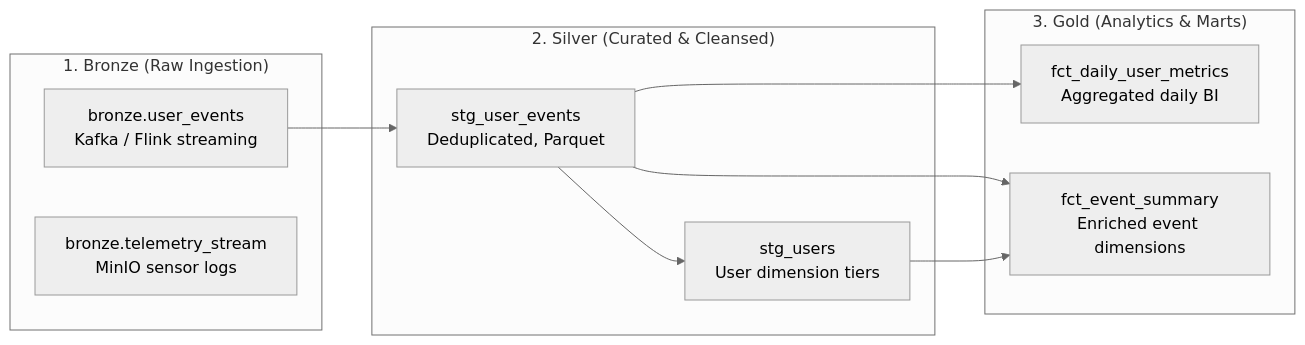
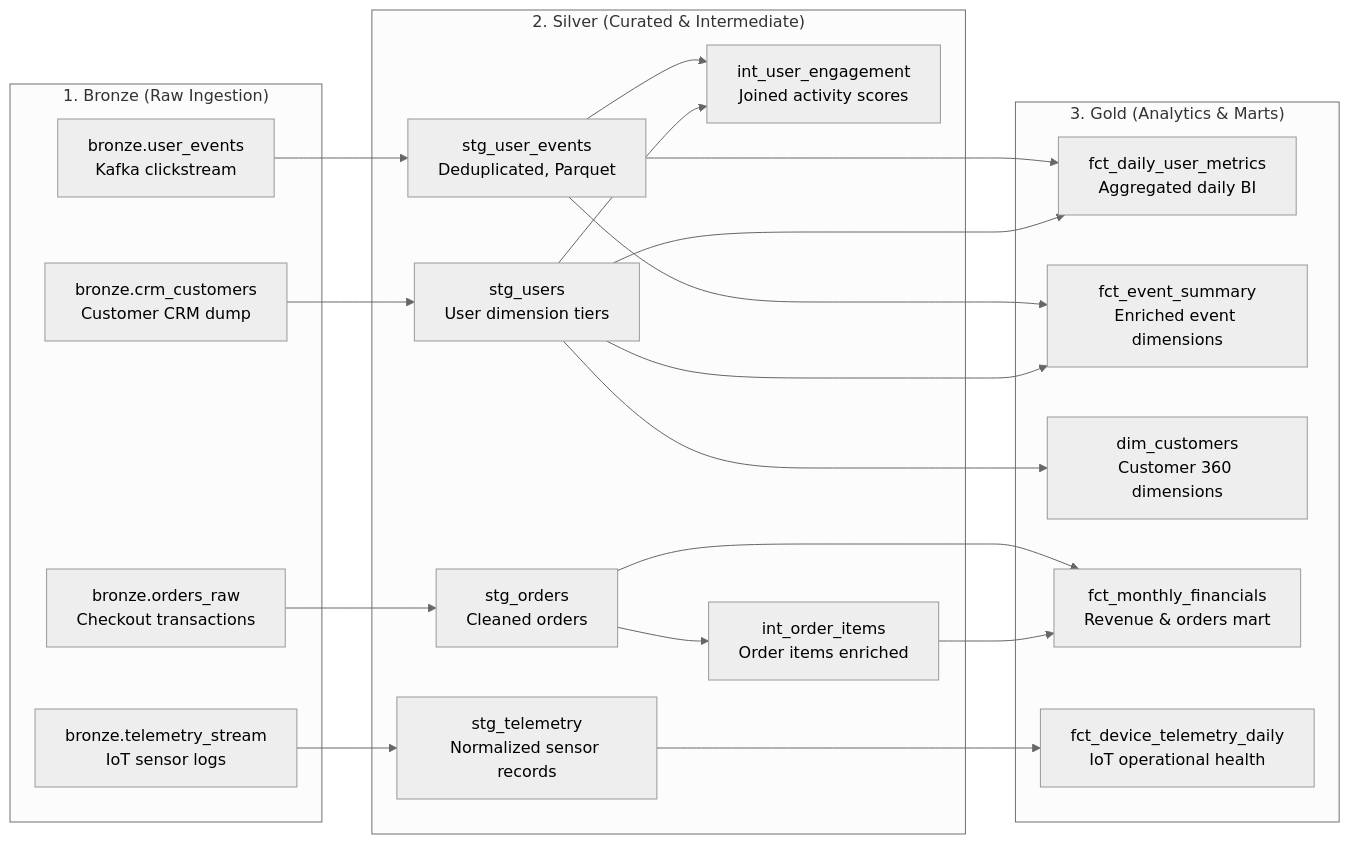
One commit to mrtozkl/AetherLake changed the diagram in docs/guide/components/dbt.md. Above: the diagram before and after it, drawn with Mermaid (neutral theme). The commit also changed other lines of this file and 12 other files, not shown here.

First line of the commit message:
feat(control-panel): upgrade dbt data lineage to interactive React Flow DAG with Dagre layout

````diff
--- a/docs/guide/components/dbt.md
+++ b/docs/guide/components/dbt.md
@@ -17,23 +17,42 @@
 ```mermaid
 graph LR
     subgraph Bronze ["1. Bronze (Raw Ingestion)"]
-        B1[bronze.user_events<br/>Kafka / Flink streaming]
-        B2[bronze.telemetry_stream<br/>MinIO sensor logs]
+        B1[bronze.user_events<br/>Kafka clickstream]
+        B2[bronze.telemetry_stream<br/>IoT sensor logs]
+        B3[bronze.orders_raw<br/>Checkout transactions]
+        B4[bronze.crm_customers<br/>Customer CRM dump]
     end
 
-    subgraph Silver ["2. Silver (Curated & Cleansed)"]
+    subgraph Silver ["2. Silver (Curated & Intermediate)"]
         S1[stg_user_events<br/>Deduplicated, Parquet]
-        S2[stg_users<br/>User dimension tiers]
+        S2[stg_telemetry<br/>Normalized sensor records]
+        S3[stg_orders<br/>Cleaned orders]
+        S4[stg_users<br/>User dimension tiers]
+        S5[int_user_engagement<br/>Joined activity scores]
+        S6[int_order_items<br/>Order items enriched]
     end
 
     subgraph Gold ["3. Gold (Analytics & Marts)"]
         G1[fct_daily_user_metrics<br/>Aggregated daily BI]
         G2[fct_event_summary<br/>Enriched event dimensions]
+        G3[dim_customers<br/>Customer 360 dimensions]
+        G4[fct_monthly_financials<br/>Revenue & orders mart]
+        G5[fct_device_telemetry_daily<br/>IoT operational health]
     end
 
     B1 --> S1
-    S1 --> S2
+    B2 --> S2
+    B3 --> S3
+    B4 --> S4
+    S1 --> S5
+    S4 --> S5
+    S3 --> S6
     S1 --> G1
+    S4 --> G1
     S1 --> G2
-    S2 --> G2
+    S4 --> G2
+    S4 --> G3
+    S3 --> G4
+    S6 --> G4
+    S2 --> G5
 ```
````
